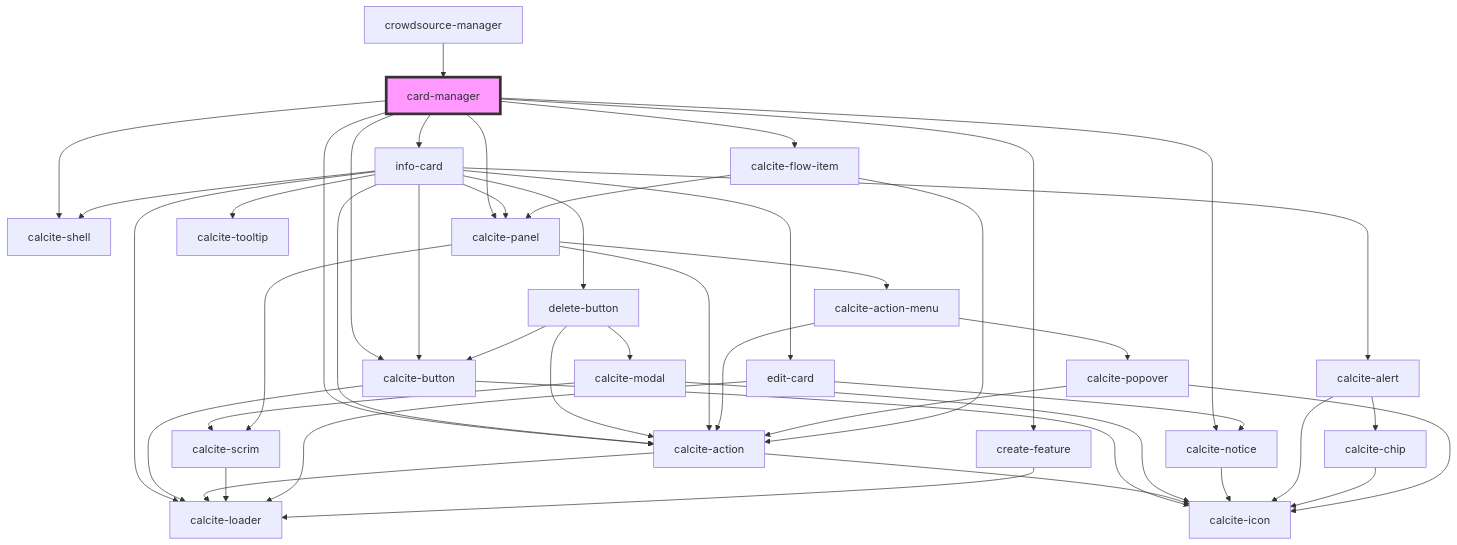
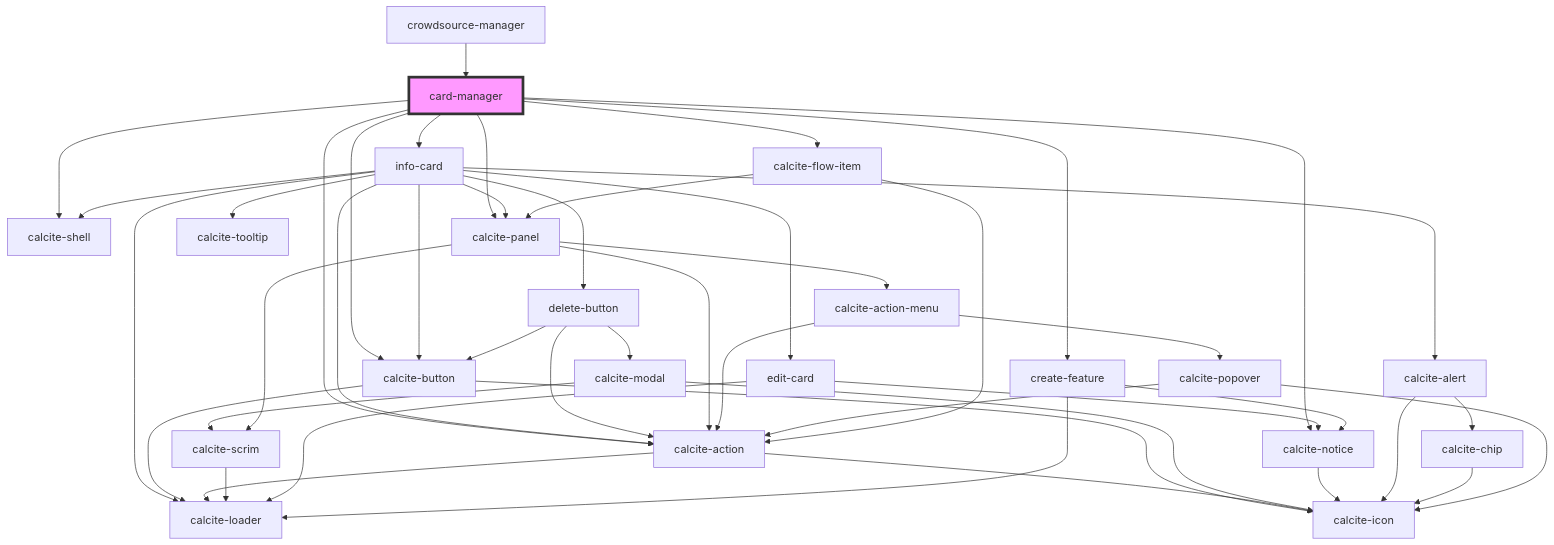
One commit to Esri/solutions-components changed the diagram in src/components/card-manager/readme.md. Above: the diagram before and after it, drawn with Mermaid. The commit also changed 8 other files, not shown here.

````diff
--- a/src/components/card-manager/readme.md
+++ b/src/components/card-manager/readme.md
@@ -49,48 +49,49 @@
 ```mermaid
 graph TD;
   card-manager --> calcite-shell
   card-manager --> info-card
   card-manager --> calcite-flow-item
   card-manager --> calcite-panel
   card-manager --> calcite-notice
   card-manager --> calcite-button
   card-manager --> calcite-action
   card-manager --> create-feature
   info-card --> calcite-shell
   info-card --> calcite-loader
   info-card --> calcite-button
   info-card --> delete-button
   info-card --> calcite-tooltip
   info-card --> calcite-action
   info-card --> edit-card
   info-card --> calcite-alert
   info-card --> calcite-panel
   calcite-button --> calcite-loader
   calcite-button --> calcite-icon
   delete-button --> calcite-button
   delete-button --> calcite-action
   delete-button --> calcite-modal
   calcite-action --> calcite-loader
   calcite-action --> calcite-icon
   calcite-modal --> calcite-scrim
   calcite-modal --> calcite-icon
   calcite-scrim --> calcite-loader
   edit-card --> calcite-notice
   edit-card --> calcite-loader
   calcite-notice --> calcite-icon
   calcite-alert --> calcite-icon
   calcite-alert --> calcite-chip
   calcite-chip --> calcite-icon
   calcite-panel --> calcite-action
   calcite-panel --> calcite-action-menu
   calcite-panel --> calcite-scrim
   calcite-action-menu --> calcite-action
   calcite-action-menu --> calcite-popover
   calcite-popover --> calcite-action
   calcite-popover --> calcite-icon
   calcite-flow-item --> calcite-action
   calcite-flow-item --> calcite-panel
+  create-feature --> calcite-notice
   create-feature --> calcite-loader
   crowdsource-manager --> card-manager
   style card-manager fill:#f9f,stroke:#333,stroke-width:4px
 ```
````
